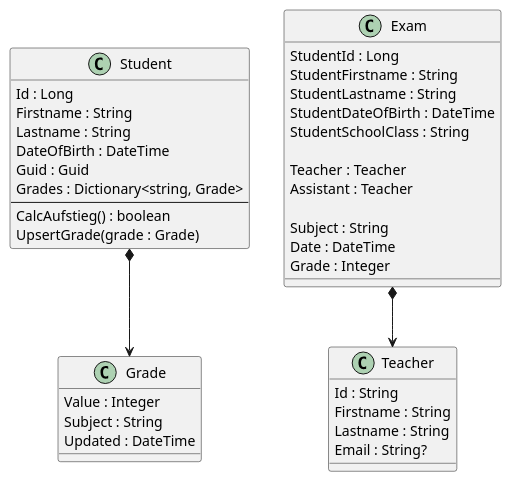
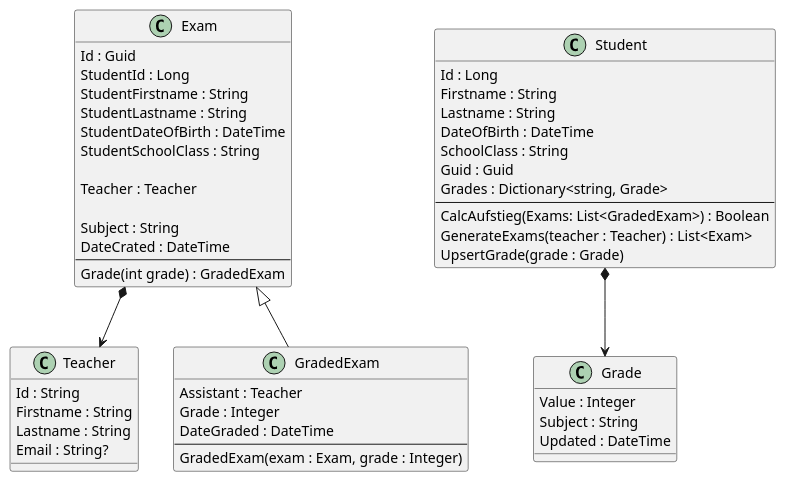
Before and after one commit to schletz/Dbi3Sem: the diagram in 13_NoSQL/Projekt Pruefungsverwaltung/01 Modell.md, drawn with PlantUML. The commit also changed other lines of this file and 3 other files, not shown here.

````diff
--- a/13_NoSQL/Projekt Pruefungsverwaltung/01 Modell.md
+++ b/13_NoSQL/Projekt Pruefungsverwaltung/01 Modell.md
@@ -18,46 +17,57 @@
 ```plantuml
 @startuml
 class Student {
    Id : Long
    Firstname : String
    Lastname : String
    DateOfBirth : DateTime
+   SchoolClass : String   
    Guid : Guid
    Grades : Dictionary<string, Grade>
    ---
-   CalcAufstieg() : boolean
+   CalcAufstieg(Exams: List<GradedExam>) : Boolean
+   GenerateExams(teacher : Teacher) : List<Exam>
    UpsertGrade(grade : Grade)
 }
 
 class Grade {
     Value : Integer
     Subject : String
     Updated : DateTime
 }
 class Teacher {
     Id : String
     Firstname : String
     Lastname : String
     Email : String?
 }
 
 class Exam {
+    Id : Guid
     StudentId : Long
     StudentFirstname : String
     StudentLastname : String
     StudentDateOfBirth : DateTime
     StudentSchoolClass : String
 
     Teacher : Teacher
-    Assistant : Teacher
 
     Subject : String
-    Date : DateTime
+    DateCrated : DateTime
+    ---
+    Grade(int grade) : GradedExam
+}
+
+class GradedExam {
+    Assistant : Teacher
     Grade : Integer
+    DateGraded : DateTime
+    ---
+    GradedExam(exam : Exam, grade : Integer)
 }
 
 Exam *--> Teacher
 Student *--> Grade
-
+GradedExam -up-|> Exam
 @enduml
 ```
````
